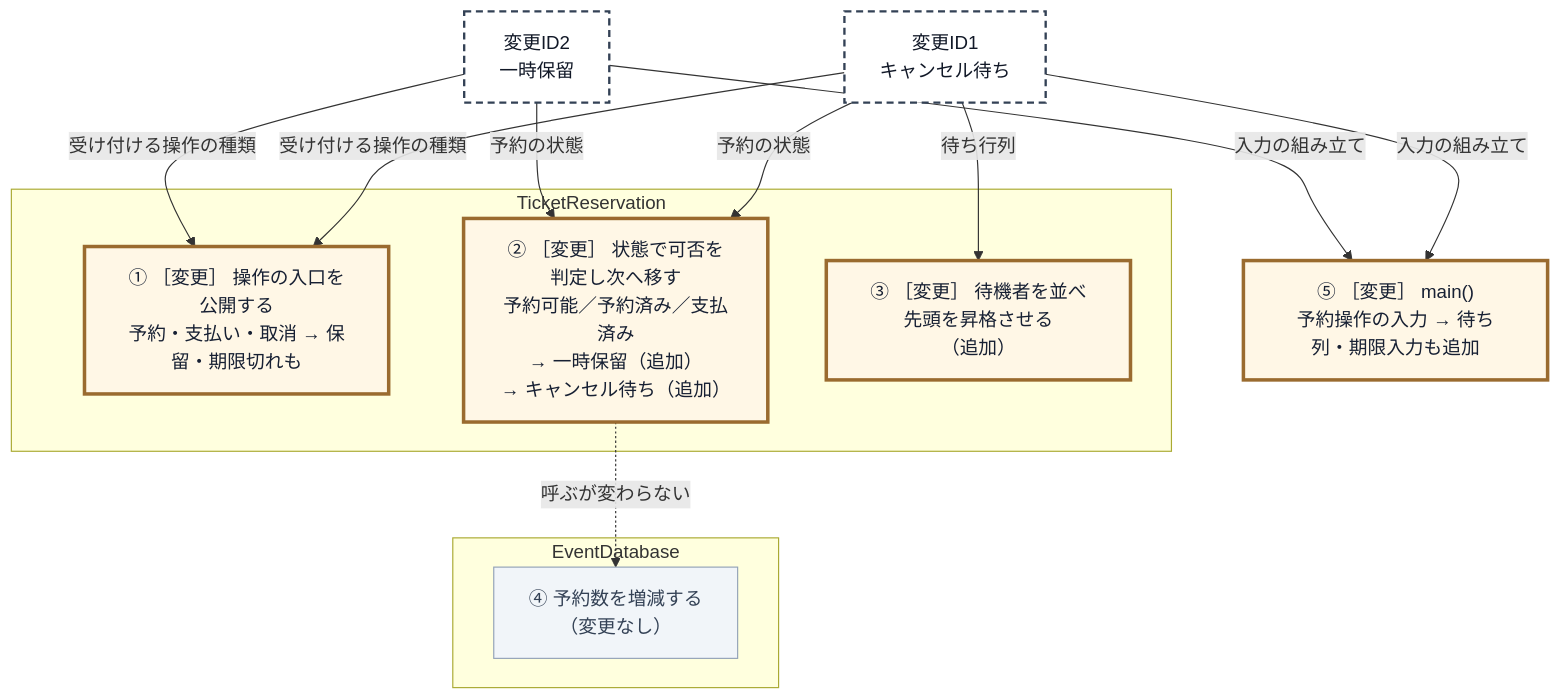
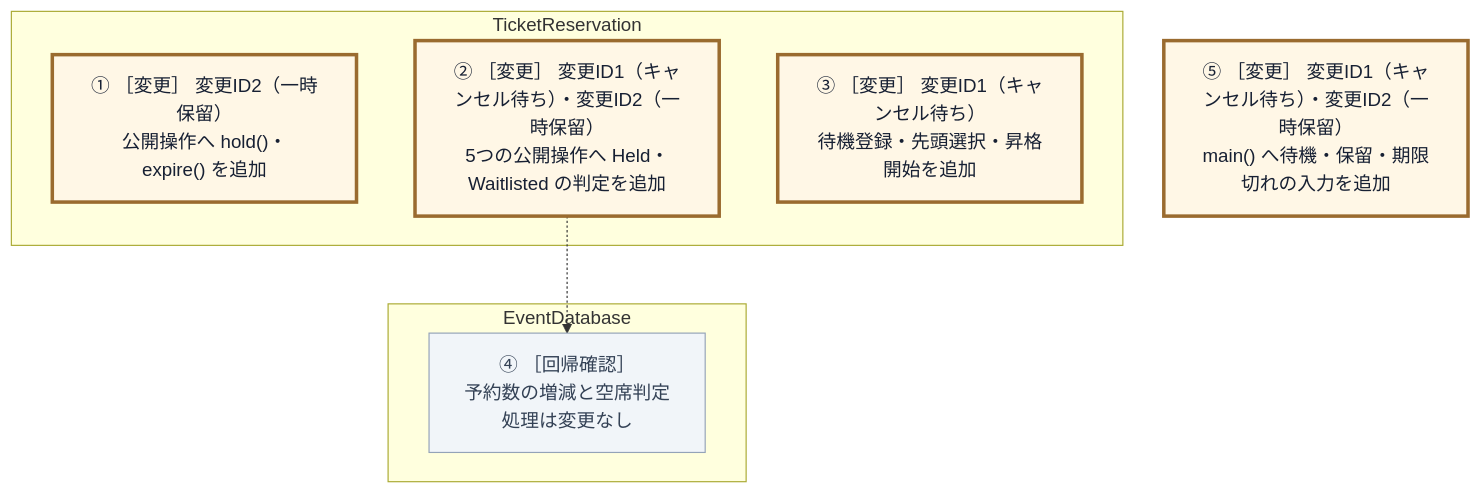
Diagram 11 of 26 in kindle/design-patterns/books/volume01-core-patterns/output/04-chapter02.md (kumachan1101-pixel/DesignPattern), drawn with Mermaid before and after one commit. The commit also changed other lines of this file and 12 other files, not shown here.

````diff
--- a/kindle/design-patterns/books/volume01-core-patterns/output/04-chapter02.md
+++ b/kindle/design-patterns/books/volume01-core-patterns/output/04-chapter02.md
@@ -1367,30 +1370,20 @@
 ```mermaid
 graph TD
-    T1["変更ID1<br>キャンセル待ち"]:::req
-    T2["変更ID2<br>一時保留"]:::req
-
     subgraph TR["TicketReservation"]
-        R1["① ［変更］ 操作の入口を公開する<br>予約・支払い・取消 → 保留・期限切れも"]:::touched
-        R2["② ［変更］ 状態で可否を判定し次へ移す<br>予約可能／予約済み／支払済み<br>→ 一時保留（追加）<br>→ キャンセル待ち（追加）"]:::touched
-        R3["③ ［変更］ 待機者を並べ先頭を昇格させる<br>（追加）"]:::touched
+        R1["① ［変更］ 変更ID2（一時保留）<br>公開操作へ hold()・expire() を追加"]:::touched
+        R2["② ［変更］ 変更ID1（キャンセル待ち）・変更ID2（一時保留）<br>5つの公開操作へ Held・Waitlisted の判定を追加"]:::touched
+        R3["③ ［変更］ 変更ID1（キャンセル待ち）<br>待機登録・先頭選択・昇格開始を追加"]:::touched
     end
 
     subgraph EDB["EventDatabase"]
-        D1["④ 予約数を増減する<br>（変更なし）"]:::keep
+        D1["④ ［回帰確認］<br>予約数の増減と空席判定<br>処理は変更なし"]:::keep
     end
 
-    M["⑤ ［変更］ main()<br>予約操作の入力 → 待ち列・期限入力も追加"]:::touched
+    M["⑤ ［変更］ 変更ID1（キャンセル待ち）・変更ID2（一時保留）<br>main() へ待機・保留・期限切れの入力を追加"]:::touched
 
-    T1 -->|"受け付ける操作の種類"| R1
-    T1 -->|"予約の状態"| R2
-    T1 -->|"待ち行列"| R3
-    T1 -->|"入力の組み立て"| M
-    T2 -->|"受け付ける操作の種類"| R1
-    T2 -->|"予約の状態"| R2
-    T2 -->|"入力の組み立て"| M
-    R2 -.->|"呼ぶが変わらない"| D1
+    R2 -.-> D1
 
     classDef req fill:#ffffff,stroke:#334155,stroke-width:2px,stroke-dasharray:6 4,color:#111827;
     classDef keep fill:#f1f5f9,stroke:#94a3b8,color:#334155;
     classDef touched fill:#fff7e6,stroke:#9a6b2f,stroke-width:3px,color:#172033;
 ```
````
